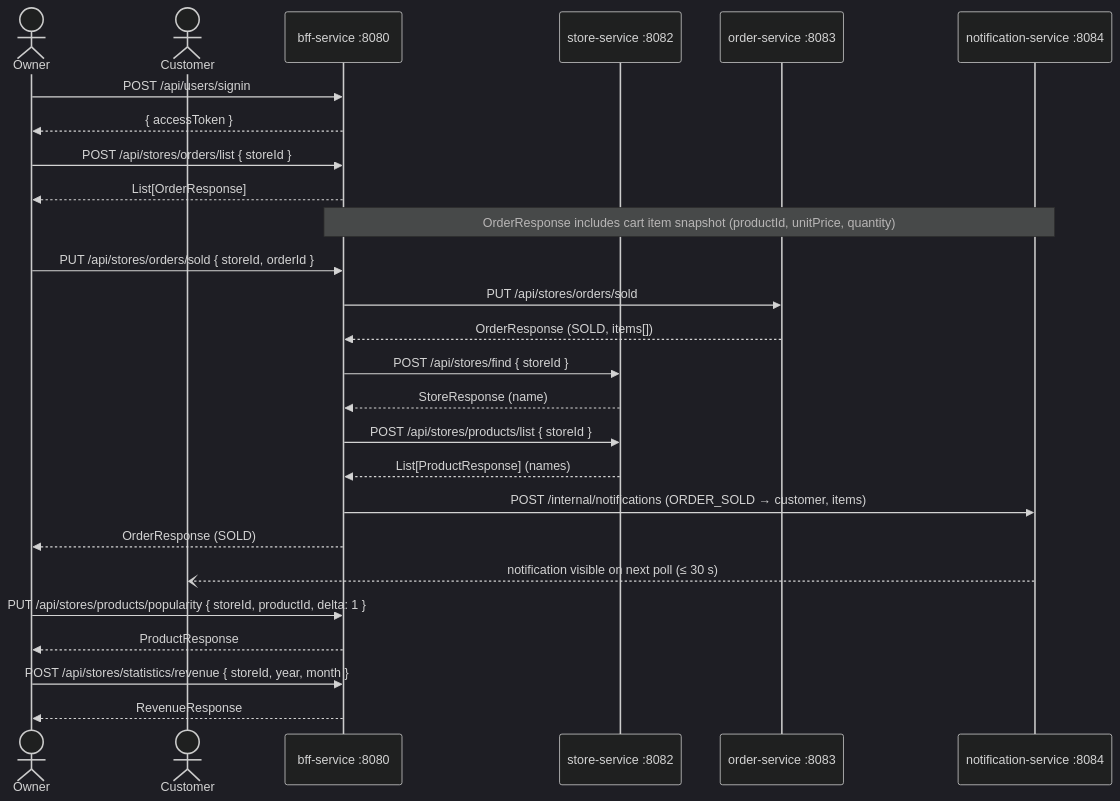
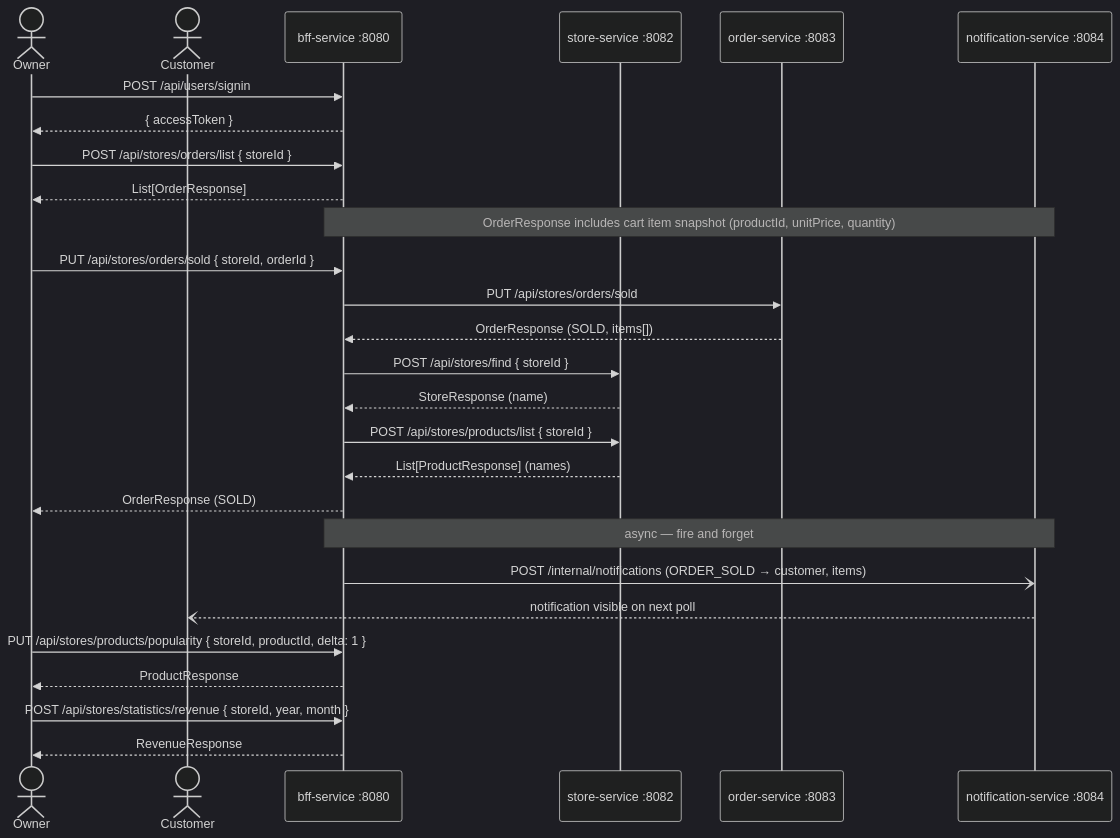
The third of 7 diagrams in README.md (proLmpa/Deliprac), drawn with Mermaid (dark theme) before and after one commit. The commit also changed other lines of this file, not shown here.

````diff
--- a/README.md
+++ b/README.md
@@ -220,33 +221,34 @@
 ```mermaid
 sequenceDiagram
     actor Ow as Owner
     actor Cu as Customer
     participant BFF as bff-service :8080
     participant SS as store-service :8082
     participant OS as order-service :8083
     participant NS as notification-service :8084
 
     Ow->>BFF: POST /api/users/signin
     BFF-->>Ow: { accessToken }
 
     Ow->>BFF: POST /api/stores/orders/list { storeId }
     BFF-->>Ow: List[OrderResponse]
 
     Note over BFF,NS: OrderResponse includes cart item snapshot (productId, unitPrice, quantity)
     Ow->>BFF: PUT /api/stores/orders/sold { storeId, orderId }
     BFF->>OS: PUT /api/stores/orders/sold
     OS-->>BFF: OrderResponse (SOLD, items[])
     BFF->>SS: POST /api/stores/find { storeId }
     SS-->>BFF: StoreResponse (name)
     BFF->>SS: POST /api/stores/products/list { storeId }
     SS-->>BFF: List[ProductResponse] (names)
-    BFF->>NS: POST /internal/notifications (ORDER_SOLD → customer, items)
     BFF-->>Ow: OrderResponse (SOLD)
-    NS--)Cu: notification visible on next poll (≤ 30 s)
+    Note over BFF,NS: async — fire and forget
+    BFF-)NS: POST /internal/notifications (ORDER_SOLD → customer, items)
+    NS--)Cu: notification visible on next poll
 
     Ow->>BFF: PUT /api/stores/products/popularity { storeId, productId, delta: 1 }
     BFF-->>Ow: ProductResponse
 
     Ow->>BFF: POST /api/stores/statistics/revenue { storeId, year, month }
     BFF-->>Ow: RevenueResponse
 ```
````
